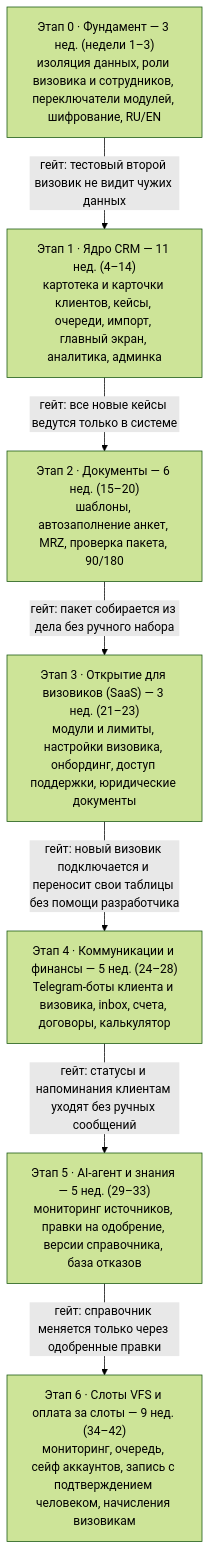
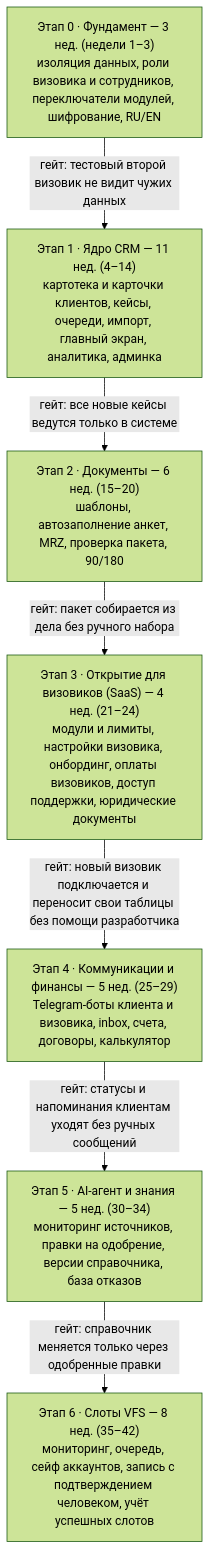
One commit to SvamiBog/visa_crm changed the third of 3 diagrams in docs/PRD.md. Above: the diagram before and after it, drawn with Mermaid (forest theme). The commit also changed other lines of this file and 4 other files, not shown here.

````diff
--- a/docs/PRD.md
+++ b/docs/PRD.md
@@ -228,16 +229,16 @@
 ```mermaid
 flowchart TB
   P0["Этап 0 · Фундамент — 3 нед. (недели 1–3)<br/>изоляция данных, роли визовика и сотрудников, переключатели модулей, шифрование, RU/EN"]
   P1["Этап 1 · Ядро CRM — 11 нед. (4–14)<br/>картотека и карточки клиентов, кейсы, очереди, импорт, главный экран, аналитика, админка"]
   P2["Этап 2 · Документы — 6 нед. (15–20)<br/>шаблоны, автозаполнение анкет, MRZ, проверка пакета, 90/180"]
-  P3["Этап 3 · Открытие для визовиков (SaaS) — 3 нед. (21–23)<br/>модули и лимиты, настройки визовика, онбординг, доступ поддержки, юридические документы"]
-  P4["Этап 4 · Коммуникации и финансы — 5 нед. (24–28)<br/>Telegram-боты клиента и визовика, inbox, счета, договоры, калькулятор"]
-  P5["Этап 5 · AI-агент и знания — 5 нед. (29–33)<br/>мониторинг источников, правки на одобрение, версии справочника, база отказов"]
-  P6["Этап 6 · Слоты VFS и оплата за слоты — 9 нед. (34–42)<br/>мониторинг, очередь, сейф аккаунтов, запись с подтверждением человеком, начисления визовикам"]
+  P3["Этап 3 · Открытие для визовиков (SaaS) — 4 нед. (21–24)<br/>модули и лимиты, настройки визовика, онбординг, оплаты визовиков, доступ поддержки, юридические документы"]
+  P4["Этап 4 · Коммуникации и финансы — 5 нед. (25–29)<br/>Telegram-боты клиента и визовика, inbox, счета, договоры, калькулятор"]
+  P5["Этап 5 · AI-агент и знания — 5 нед. (30–34)<br/>мониторинг источников, правки на одобрение, версии справочника, база отказов"]
+  P6["Этап 6 · Слоты VFS — 8 нед. (35–42)<br/>мониторинг, очередь, сейф аккаунтов, запись с подтверждением человеком, учёт успешных слотов"]
   P0 -->|"гейт: тестовый второй визовик не видит чужих данных"| P1
   P1 -->|"гейт: все новые кейсы ведутся только в системе"| P2
   P2 -->|"гейт: пакет собирается из дела без ручного набора"| P3
   P3 -->|"гейт: новый визовик подключается и переносит свои таблицы без помощи разработчика"| P4
   P4 -->|"гейт: статусы и напоминания клиентам уходят без ручных сообщений"| P5
   P5 -->|"гейт: справочник меняется только через одобренные правки"| P6
 ```
````
